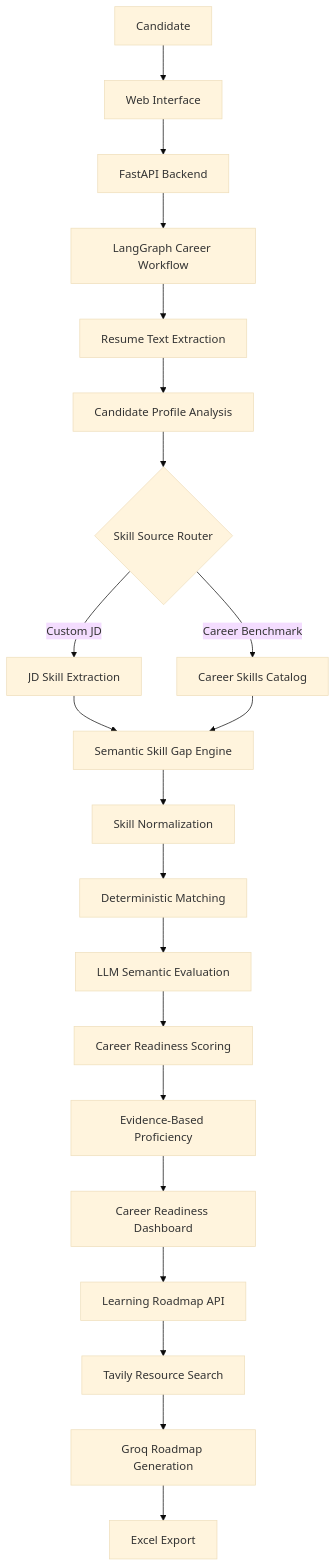
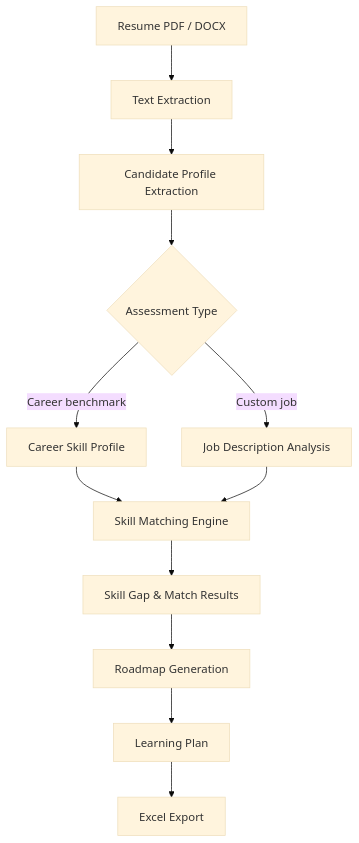
The diagram in README.md (Sujalproject/SkillBridge), drawn with Mermaid (base theme) before and after one commit. The commit also changed other lines of this file, not shown here.

````diff
--- a/README.md
+++ b/README.md
@@ -181,34 +50,14 @@
 ```mermaid
-flowchart TB
-    U["Candidate"] --> F["Web Interface"]
-    F --> API["FastAPI Backend"]
-
-    API --> G["LangGraph Career Workflow"]
-
-    G --> R["Resume Text Extraction"]
-    R --> P["Candidate Profile Analysis"]
-
-    P --> C{"Skill Source Router"}
-
-    C -->|Custom JD| JD["JD Skill Extraction"]
-    C -->|Career Benchmark| CAT["Career Skills Catalog"]
-
-    JD --> SG["Semantic Skill Gap Engine"]
-    CAT --> SG
-
-    SG --> N["Skill Normalization"]
-    N --> M["Deterministic Matching"]
-    M --> L["LLM Semantic Evaluation"]
-    L --> S["Career Readiness Scoring"]
-
-    S --> E["Evidence-Based Proficiency"]
-
-    E --> D["Career Readiness Dashboard"]
-
-    D --> RM["Learning Roadmap API"]
-
-    RM --> TV["Tavily Resource Search"]
-    TV --> GR["Groq Roadmap Generation"]
-
-    GR --> EX["Excel Export"]
+flowchart TD
+    A[Resume PDF / DOCX] --> B[Text Extraction]
+    B --> C[Candidate Profile Extraction]
+    C --> D{Assessment Type}
+    D -->|Career benchmark| E[Career Skill Profile]
+    D -->|Custom job| F[Job Description Analysis]
+    E --> G[Skill Matching Engine]
+    F --> G
+    G --> H[Skill Gap & Match Results]
+    H --> I[Roadmap Generation]
+    I --> J[Learning Plan]
+    J --> K[Excel Export]
 ```
````
